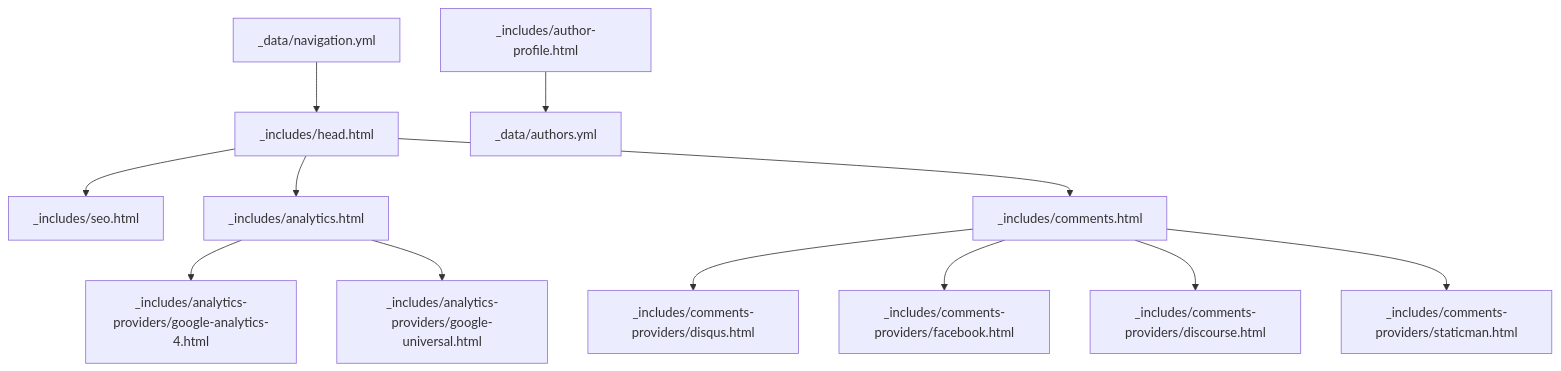
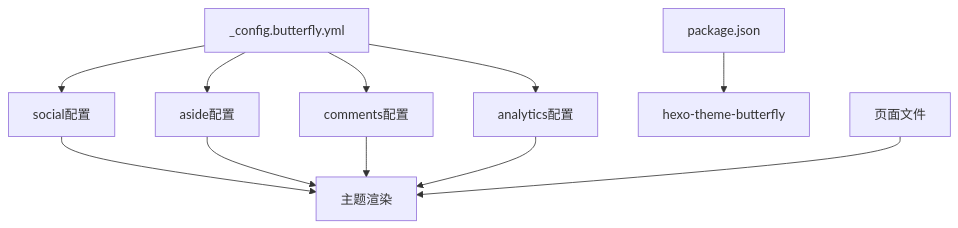
The third of 3 diagrams in .qoder/repowiki/zh/content/社交和集成功能/社交和集成功能.md (CoolPig0720/CoolPig0720.github.io), drawn with Mermaid before and after one commit. The commit also changed other lines of this file and 36 other files, not shown here.

````diff
--- a/.qoder/repowiki/zh/content/社交和集成功能/社交和集成功能.md
+++ b/.qoder/repowiki/zh/content/社交和集成功能/社交和集成功能.md
@@ -373,14 +307,13 @@
 ```mermaid
 graph TB
-H["_includes/head.html"] --> S["_includes/seo.html"]
-H --> A["_includes/analytics.html"]
-A --> GA4["_includes/analytics-providers/google-analytics-4.html"]
-A --> UA["_includes/analytics-providers/google-universal.html"]
-H --> C["_includes/comments.html"]
-C --> DQ["_includes/comments-providers/disqus.html"]
-C --> FB["_includes/comments-providers/facebook.html"]
-C --> DC["_includes/comments-providers/discourse.html"]
-C --> SM["_includes/comments-providers/staticman.html"]
-P["_includes/author-profile.html"] --> AU["_data/authors.yml"]
-NAV["_data/navigation.yml"] --> H
+A["_config.butterfly.yml"] --> B["social配置"]
+A --> C["aside配置"]
+A --> D["comments配置"]
+A --> E["analytics配置"]
+F["package.json"] --> G["hexo-theme-butterfly"]
+H["页面文件"] --> I["主题渲染"]
+B --> I
+C --> I
+D --> I
+E --> I
 ```
````
